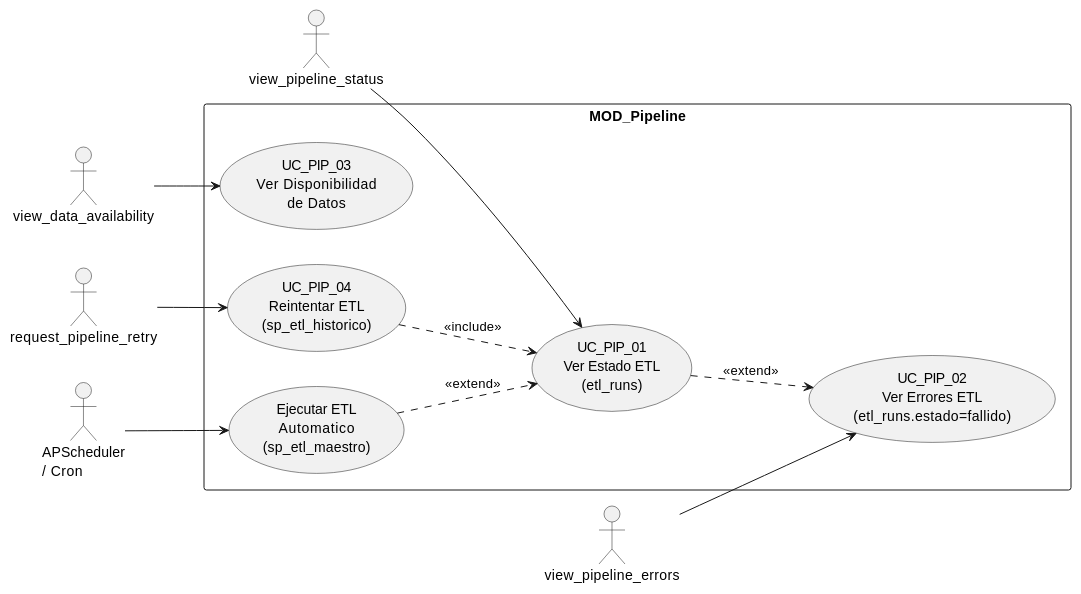
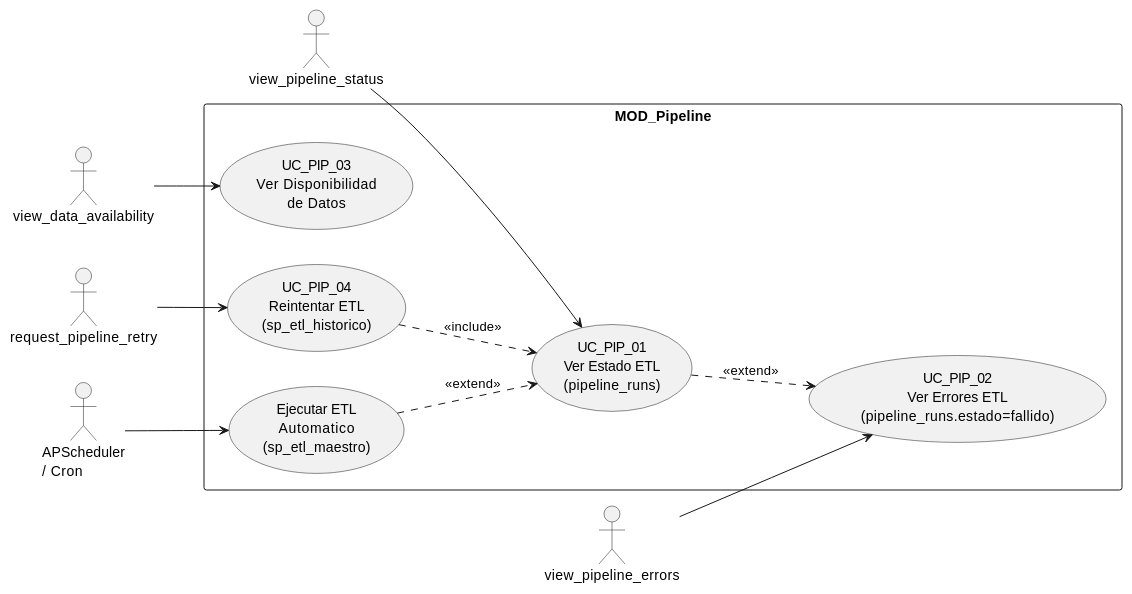
One commit to jcg-admin/IACT-docs changed the diagram in source/arquitectura-tecnica/use-case-view/uc-pipeline.rst. Above: the diagram before and after it, drawn with PlantUML. The commit also changed other lines of this file and 96 other files, not shown here.

First line of the commit message:
Apply CNST-033: rename ETL→Pipeline in domain-model + sweep refs

```diff
--- a/source/arquitectura-tecnica/use-case-view/uc-pipeline.rst
+++ b/source/arquitectura-tecnica/use-case-view/uc-pipeline.rst
@@ -26,31 +26,31 @@
 .. uml::
  :caption: Figura 22 — MOD_Pipeline: casos de uso
 
  @startuml
  left to right direction
 
  actor "view_pipeline_status" as view_pipeline_status
  actor "view_pipeline_errors" as view_pipeline_errors
  actor "view_data_availability" as view_data_availability
  actor "request_pipeline_retry" as request_pipeline_retry
  actor "APScheduler\n/ Cron" as APScheduler
 
  rectangle "MOD_Pipeline" {
-   usecase "UC_PIP_01\nVer Estado ETL\n(etl_runs)" as VER_ESTADO_ETL
-   usecase "UC_PIP_02\nVer Errores ETL\n(etl_runs.estado=fallido)" as VER_ERRORES_ETL
+   usecase "UC_PIP_01\nVer Estado ETL\n(pipeline_runs)" as VER_ESTADO_ETL
+   usecase "UC_PIP_02\nVer Errores ETL\n(pipeline_runs.estado=fallido)" as VER_ERRORES_ETL
    usecase "UC_PIP_03\nVer Disponibilidad\nde Datos" as VER_DISPONIBILIDAD_DATOS
    usecase "UC_PIP_04\nReintentar ETL\n(sp_etl_historico)" as REINTENTAR_ETL
    usecase "Ejecutar ETL\nAutomatico\n(sp_etl_maestro)" as EJECUCION_ETL_AUTOMATICA
  }
 
  view_pipeline_status --> VER_ESTADO_ETL
  view_pipeline_errors --> VER_ERRORES_ETL
  view_data_availability --> VER_DISPONIBILIDAD_DATOS
  request_pipeline_retry --> REINTENTAR_ETL
  APScheduler --> EJECUCION_ETL_AUTOMATICA
 
  VER_ESTADO_ETL ..> VER_ERRORES_ETL : <<extend>>
  REINTENTAR_ETL ..> VER_ESTADO_ETL : <<include>>
  EJECUCION_ETL_AUTOMATICA ..> VER_ESTADO_ETL : <<extend>>
 
  @enduml
```
